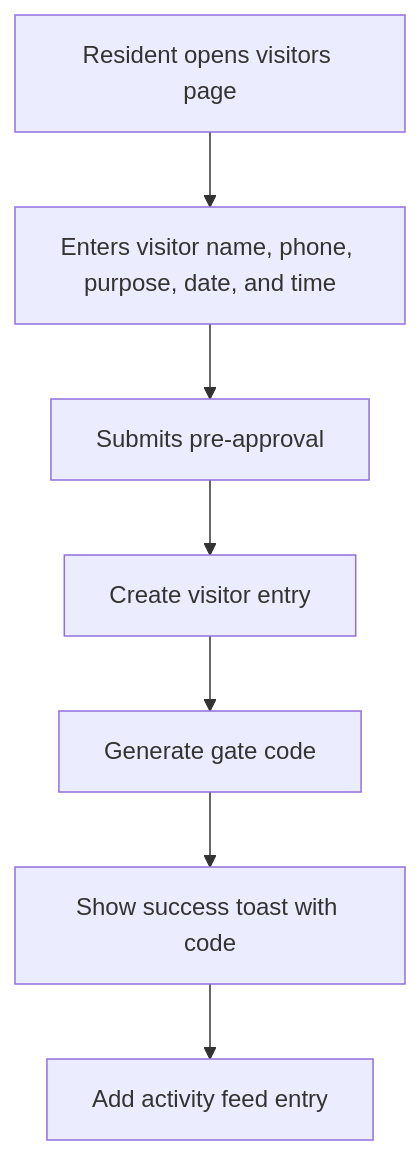
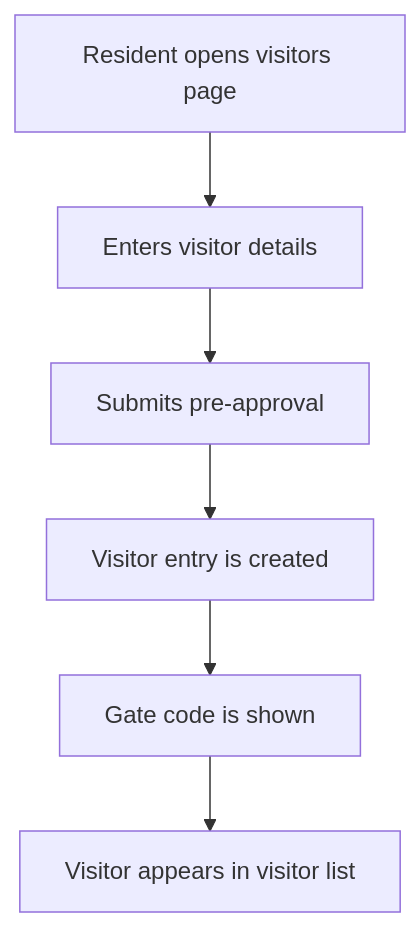
The fifth of 20 diagrams in implemented_flows.md (painful-bug/MAY2026-Team-035), drawn with Mermaid before and after one commit. The commit also changed other lines of this file, not shown here.

First line of the commit message:
Simplify flow documentation

````diff
--- a/implemented_flows.md
+++ b/implemented_flows.md
@@ -120,9 +56,8 @@
 ```mermaid
 flowchart TD
-  A[Resident opens visitors page] --> B[Enters visitor name, phone, purpose, date, and time]
+  A[Resident opens visitors page] --> B[Enters visitor details]
   B --> C[Submits pre-approval]
-  C --> D[Create visitor entry]
-  D --> E[Generate gate code]
-  E --> F[Show success toast with code]
-  F --> G[Add activity feed entry]
+  C --> D[Visitor entry is created]
+  D --> E[Gate code is shown]
+  E --> F[Visitor appears in visitor list]
 ```
````
